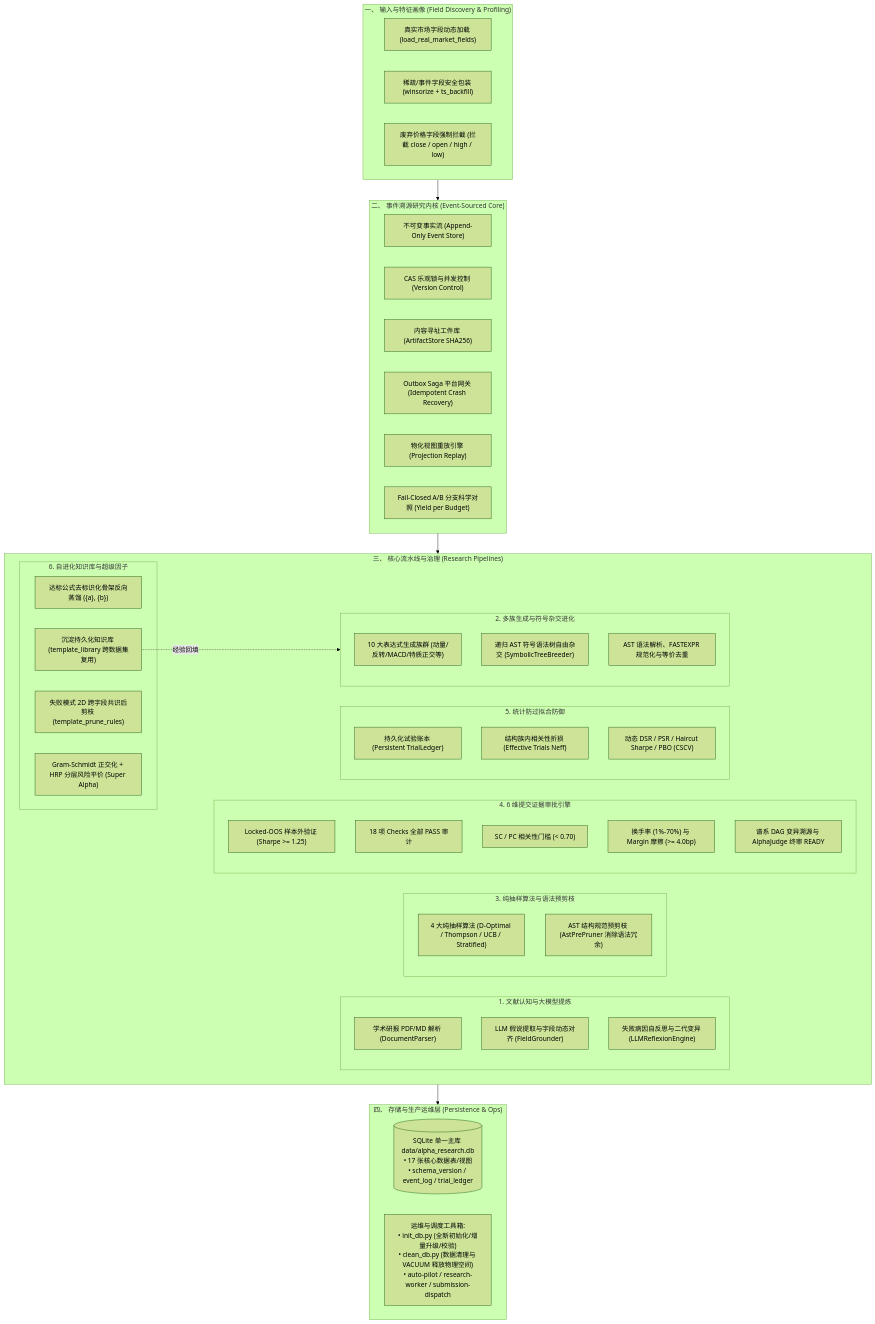
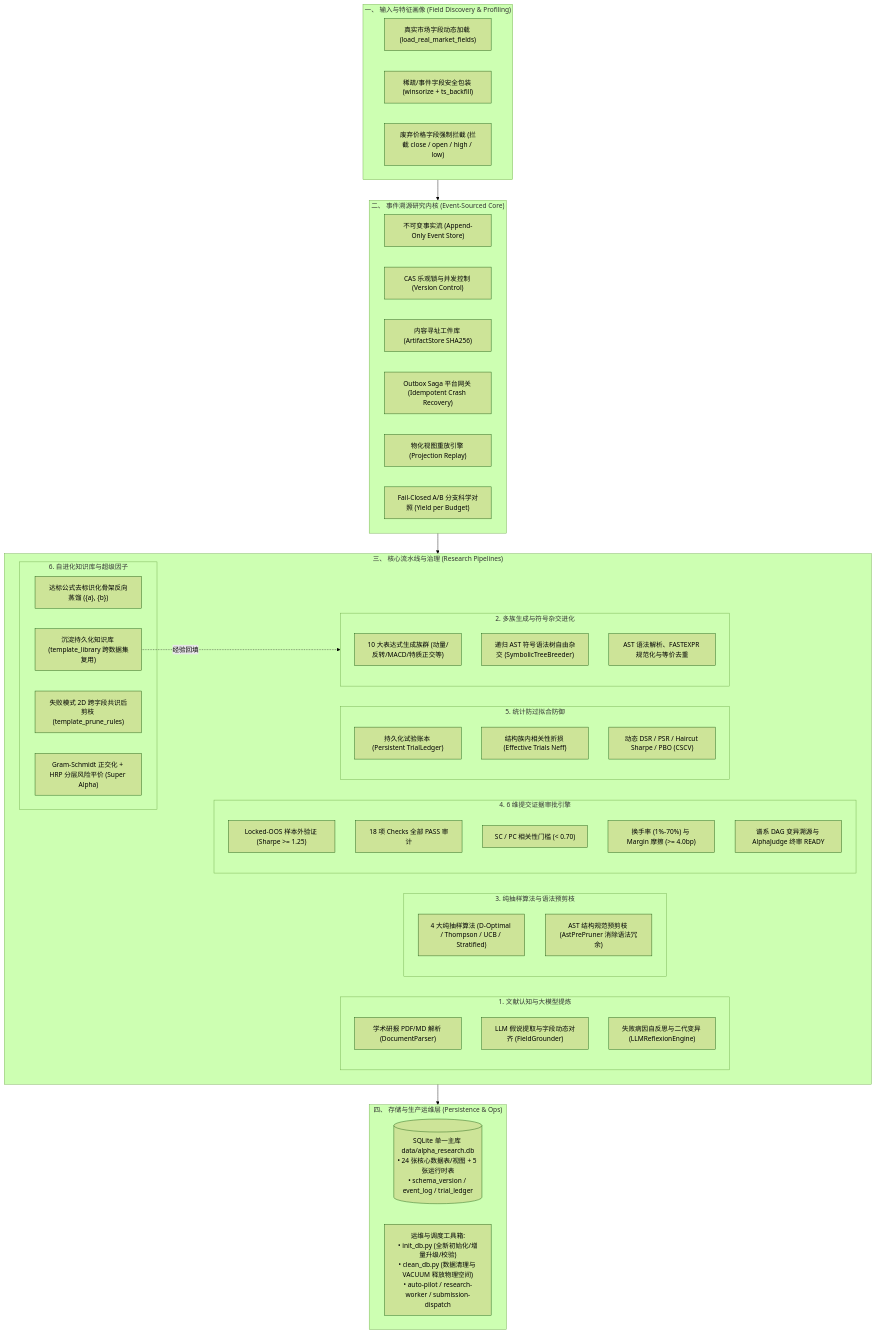
Before and after one commit to Justices/alpha_factory: the diagram in README.md, drawn with Mermaid (forest theme). The commit also changed other lines of this file and 8 other files, not shown here.

````diff
--- a/README.md
+++ b/README.md
@@ -28,67 +28,67 @@
 ```mermaid
 flowchart TD
     subgraph INPUT["一、 输入与特征画像 (Field Discovery & Profiling)"]
         P1["真实市场字段动态加载 (load_real_market_fields)"]
         P2["稀疏/事件字段安全包装 (winsorize + ts_backfill)"]
         P3["废弃价格字段强制拦截 (拦截 close / open / high / low)"]
     end
 
     subgraph CORE["二、 事件溯源研究内核 (Event-Sourced Core)"]
         E1["不可变事实流 (Append-Only Event Store)"]
         E2["CAS 乐观锁与并发控制 (Version Control)"]
         E3["内容寻址工件库 (ArtifactStore SHA256)"]
         E4["Outbox Saga 平台网关 (Idempotent Crash Recovery)"]
         E5["物化视图重放引擎 (Projection Replay)"]
         E6["Fail-Closed A/B 分支科学对照 (Yield per Budget)"]
     end
 
     subgraph ENGINE["三、 核心流水线与治理 (Research Pipelines)"]
         subgraph RESEARCH["1. 文献认知与大模型提炼"]
             R1["学术研报 PDF/MD 解析 (DocumentParser)"]
             R2["LLM 假说提取与字段动态对齐 (FieldGrounder)"]
             R3["失败病因自反思与二代变异 (LLMReflexionEngine)"]
         end
 
         subgraph MINING["2. 多族生成与符号杂交进化"]
             M1["10 大表达式生成族群 (动量/反转/MACD/特质正交等)"]
             M2["递归 AST 符号语法树自由杂交 (SymbolicTreeBreeder)"]
             M3["AST 语法解析、FASTEXPR 规范化与等价去重"]
         end
 
         subgraph SAMPLING["3. 纯抽样算法与语法预剪枝"]
             S1["4 大纯抽样算法 (D-Optimal / Thompson / UCB / Stratified)"]
             S2["AST 结构规范预剪枝 (AstPrePruner 消除语法冗余)"]
         end
 
         subgraph JUDGE["4. 6 维提交证据审批引擎"]
             J1["Locked-OOS 样本外验证 (Sharpe >= 1.25)"]
             J2["18 项 Checks 全部 PASS 审计"]
             J3["SC / PC 相关性门槛 (< 0.70)"]
             J4["换手率 (1%-70%) 与 Margin 摩擦 (>= 4.0bp)"]
             J5["谱系 DAG 变异溯源与 AlphaJudge 终审 READY"]
         end
 
         subgraph DEFENSE["5. 统计防过拟合防御"]
             D1["持久化试验账本 (Persistent TrialLedger)"]
             D2["结构族内相关性折损 (Effective Trials Neff)"]
             D3["动态 DSR / PSR / Haircut Sharpe / PBO (CSCV)"]
         end
 
         subgraph DISTILL["6. 自进化知识库与超级因子"]
             K1["达标公式去标识化骨架反向蒸馏 ({a}, {b})"]
             K2["沉淀持久化知识库 (template_library 跨数据集复用)"]
             K3["失败模式 2D 跨字段共识后剪枝 (template_prune_rules)"]
             K4["Gram-Schmidt 正交化 + HRP 分层风险平价 (Super Alpha)"]
         end
     end
 
     subgraph STORAGE["四、 存储与生产运维层 (Persistence & Ops)"]
-        DB[("SQLite 单一主库 data/alpha_research.db\n• 17 张核心数据表/视图\n• schema_version / event_log / trial_ledger")]
+        DB[("SQLite 单一主库 data/alpha_research.db\n• 24 张核心数据表/视图 + 5 张运行时表\n• schema_version / event_log / trial_ledger")]
         CLI["运维与调度工具箱:\n• init_db.py (全新初始化/增量升级/校验)\n• clean_db.py (数据清理与 VACUUM 释放物理空间)\n• auto-pilot / research-worker / submission-dispatch"]
     end
 
     INPUT --> CORE
     CORE --> ENGINE
     ENGINE --> STORAGE
     K2 -.->|经验回填| MINING
 ```
````
